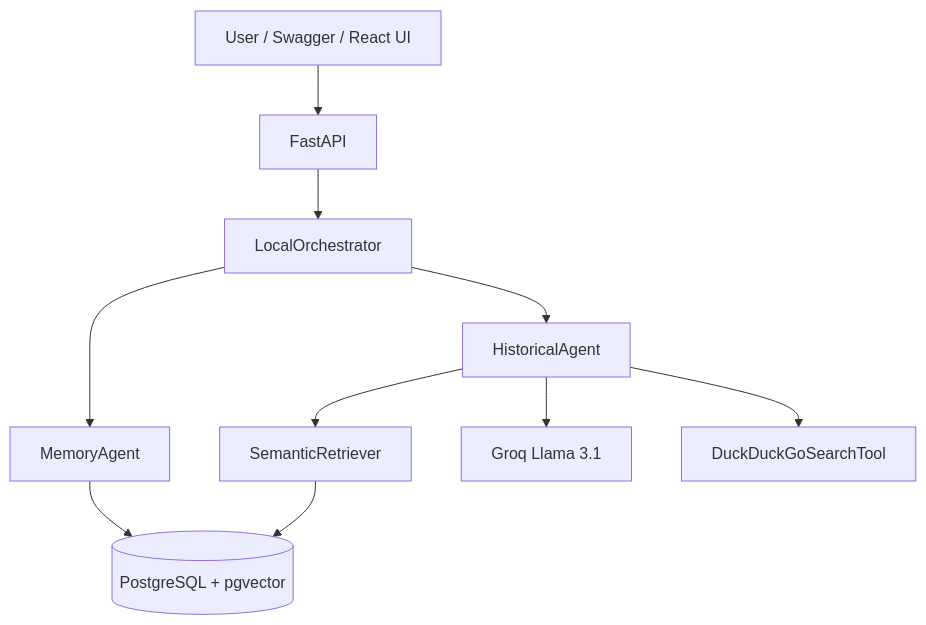
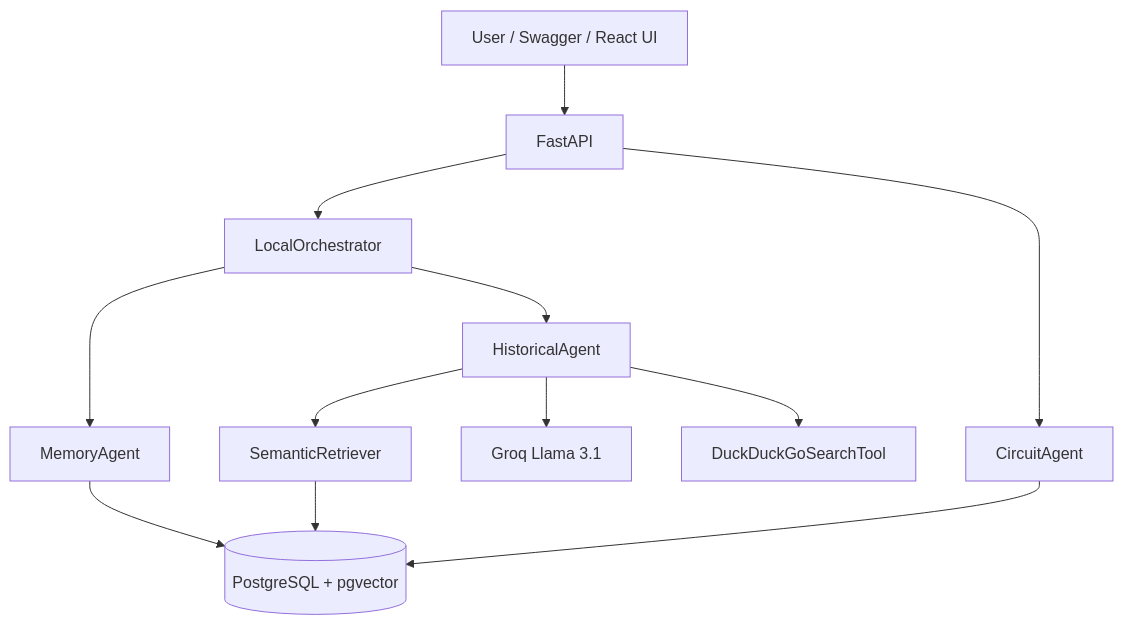
One commit to MalekManai1/carthage-historical-guide-agent changed the diagram in docs/architecture.md. Above: the diagram before and after it, drawn with Mermaid. The commit also changed other lines of this file and 51 other files, not shown here.

Commit message:
added the circuitAgent with backend and ui

````diff
--- a/docs/architecture.md
+++ b/docs/architecture.md
@@ -7,21 +7,24 @@
 ```mermaid
 flowchart TD
     User[User / Swagger / React UI]
     API[FastAPI]
     Orch[LocalOrchestrator]
     Mem[MemoryAgent]
     Hist[HistoricalAgent]
+    Circuit[CircuitAgent]
     Ret[SemanticRetriever]
     LLM[Groq Llama 3.1]
     DB[(PostgreSQL + pgvector)]
 
     User --> API
     API --> Orch
+    API --> Circuit
     Orch --> Mem
     Orch --> Hist
     Hist --> Ret
     Hist --> LLM
     Hist --> Web[DuckDuckGoSearchTool]
+    Circuit --> DB
     Ret --> DB
     Mem --> DB
 ```
````
